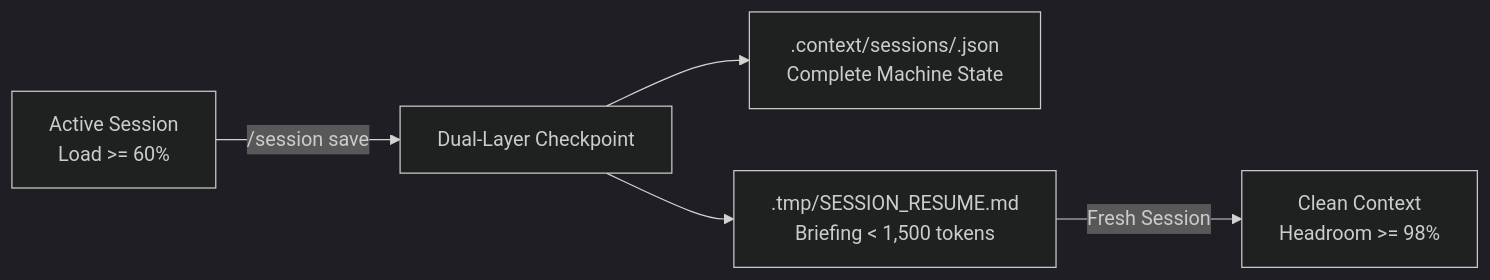
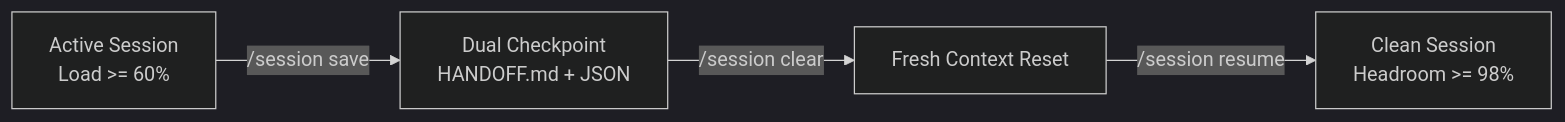
The diagram in skills/productivity/session/SKILL.md (markromolecule/context-factory), drawn with Mermaid (dark theme) before and after one commit. The commit also changed other lines of this file and 6 other files, not shown here.

First line of the commit message:
feat(session): add HANDOFF.md generation and reset workflow

````diff
--- a/skills/productivity/session/SKILL.md
+++ b/skills/productivity/session/SKILL.md
@@ -19,7 +20,6 @@
 ```mermaid
 graph LR
-    A[Active Session<br/>Load >= 60%] -->|/session save| B[Dual-Layer Checkpoint]
-    B --> C[.context/sessions/<id>.json<br/>Complete Machine State]
-    B --> D[.tmp/SESSION_RESUME.md<br/>Briefing < 1,500 tokens]
-    D -->|Fresh Session| E[Clean Context<br/>Headroom >= 98%]
+    A[Active Session<br/>Load >= 60%] -->|/session save| B[Dual Checkpoint<br/>HANDOFF.md + JSON]
+    B -->|/session clear| C[Fresh Context Reset]
+    C -->|/session resume| D[Clean Session<br/>Headroom >= 98%]
 ```
````
